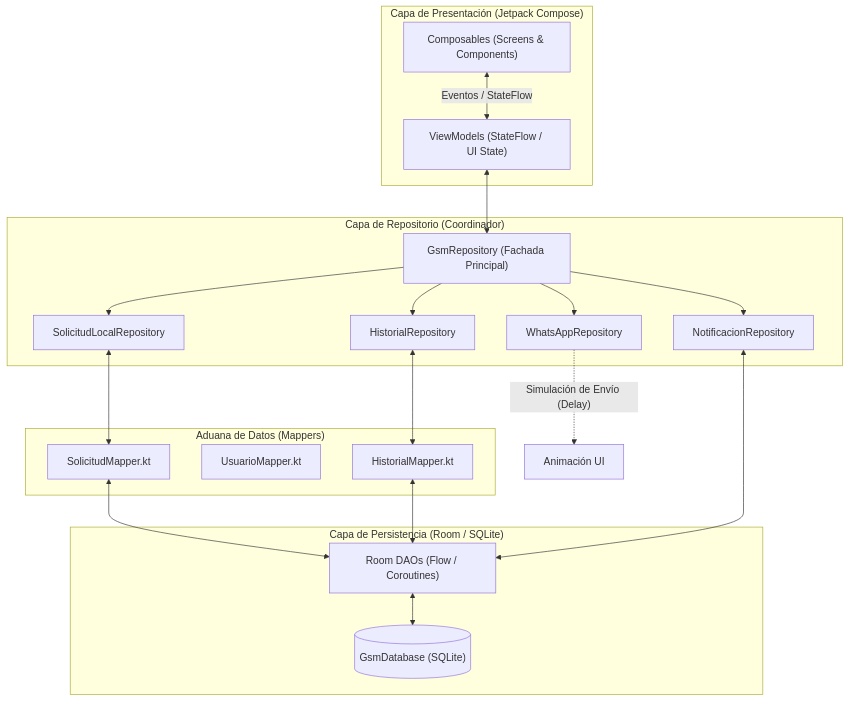
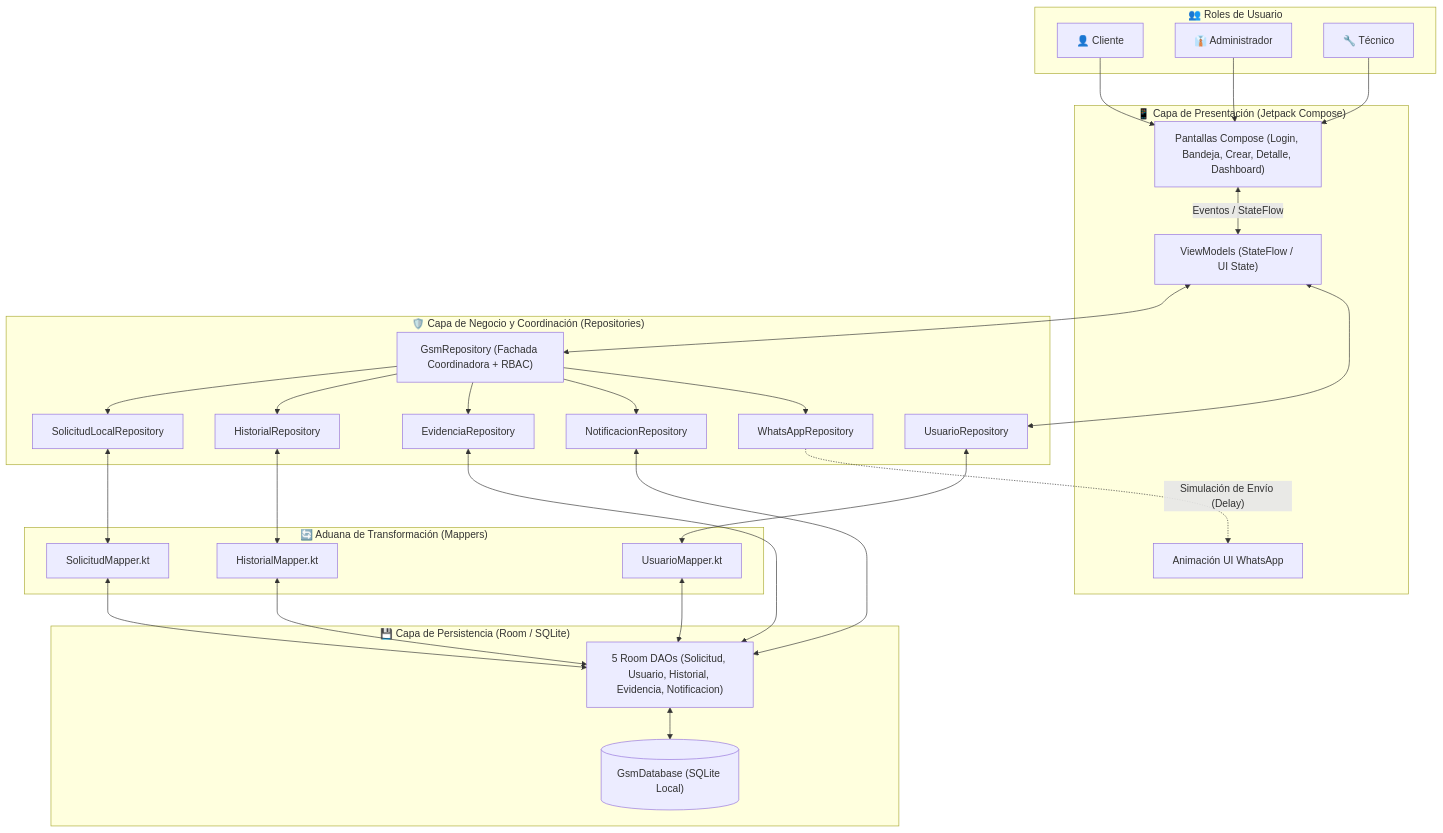
One commit to Liz-Elizabeth/GSM changed the first of 3 diagrams in README.md. Above: the diagram before and after it, drawn with Mermaid. The commit also changed other lines of this file and 7 other files, not shown here.

Commit message:
Feat(fase_3): fase de finalizacion de la fase de 3 de la capa de negocio con principios solid y owasp

````diff
--- a/README.md
+++ b/README.md
@@ -41,37 +146,53 @@
 ```mermaid
 flowchart TD
-    subgraph UI_LAYER ["Capa de Presentación (Jetpack Compose)"]
-        UI["Composables (Screens & Components)"]
+    subgraph ACTORES ["👥 Roles de Usuario"]
+        CLI["👤 Cliente"]
+        ADM["👔 Administrador"]
+        TEC["🔧 Técnico"]
+    end
+
+    subgraph UI_LAYER ["📱 Capa de Presentación (Jetpack Compose)"]
+        UI["Pantallas Compose (Login, Bandeja, Crear, Detalle, Dashboard)"]
         VM["ViewModels (StateFlow / UI State)"]
+        Anim["Animación UI WhatsApp"]
+        CLI & ADM & TEC --> UI
         UI <--> |Eventos / StateFlow| VM
     end
 
-    subgraph REPO_LAYER ["Capa de Repositorio (Coordinador)"]
-        GsmRepo["GsmRepository (Fachada Principal)"]
+    subgraph REPO_LAYER ["🛡️ Capa de Negocio y Coordinación (Repositories)"]
+        GsmRepo["GsmRepository (Fachada Coordinadora + RBAC)"]
+        UsrRepo["UsuarioRepository"]
+        SolLocalRepo["SolicitudLocalRepository"]
+        HistRepo["HistorialRepository"]
+        EvidRepo["EvidenciaRepository"]
+        NotifRepo["NotificacionRepository"]
+        WARepo["WhatsAppRepository"]
+
         VM <--> GsmRepo
-        
-        GsmRepo --> SolLocalRepo["SolicitudLocalRepository"]
-        GsmRepo --> HistRepo["HistorialRepository"]
-        GsmRepo --> NotifRepo["NotificacionRepository"]
-        GsmRepo --> WARepo["WhatsAppRepository"]
+        VM <--> UsrRepo
+        GsmRepo --> SolLocalRepo
+        GsmRepo --> HistRepo
+        GsmRepo --> EvidRepo
+        GsmRepo --> NotifRepo
+        GsmRepo --> WARepo
     end
 
-    subgraph MAPPER_LAYER ["Aduana de Datos (Mappers)"]
+    subgraph MAPPER_LAYER ["🔄 Aduana de Transformación (Mappers)"]
         SM["SolicitudMapper.kt"]
         UM["UsuarioMapper.kt"]
         HM["HistorialMapper.kt"]
         SolLocalRepo <--> SM
+        UsrRepo <--> UM
         HistRepo <--> HM
     end
 
-    subgraph DATA_LAYER ["Capa de Persistencia (Room / SQLite)"]
-        DAOs["Room DAOs (Flow / Coroutines)"]
-        DB[("GsmDatabase (SQLite)")]
-        SM <--> DAOs
-        HM <--> DAOs
-        NotifRepo <--> DAOs
+    subgraph DATA_LAYER ["💾 Capa de Persistencia (Room / SQLite)"]
+        DAOs["5 Room DAOs (Solicitud, Usuario, Historial, Evidencia, Notificacion)"]
+        DB[("GsmDatabase (SQLite Local)")]
+        SM & UM & HM <--> DAOs
+        EvidRepo & NotifRepo <--> DAOs
         DAOs <--> DB
     end
 
-    WARepo -.->|"Simulación de Envío (Delay)"| Anim["Animación UI"]
+    WARepo -.->|"Simulación de Envío (Delay)"| Anim
 ```
````
